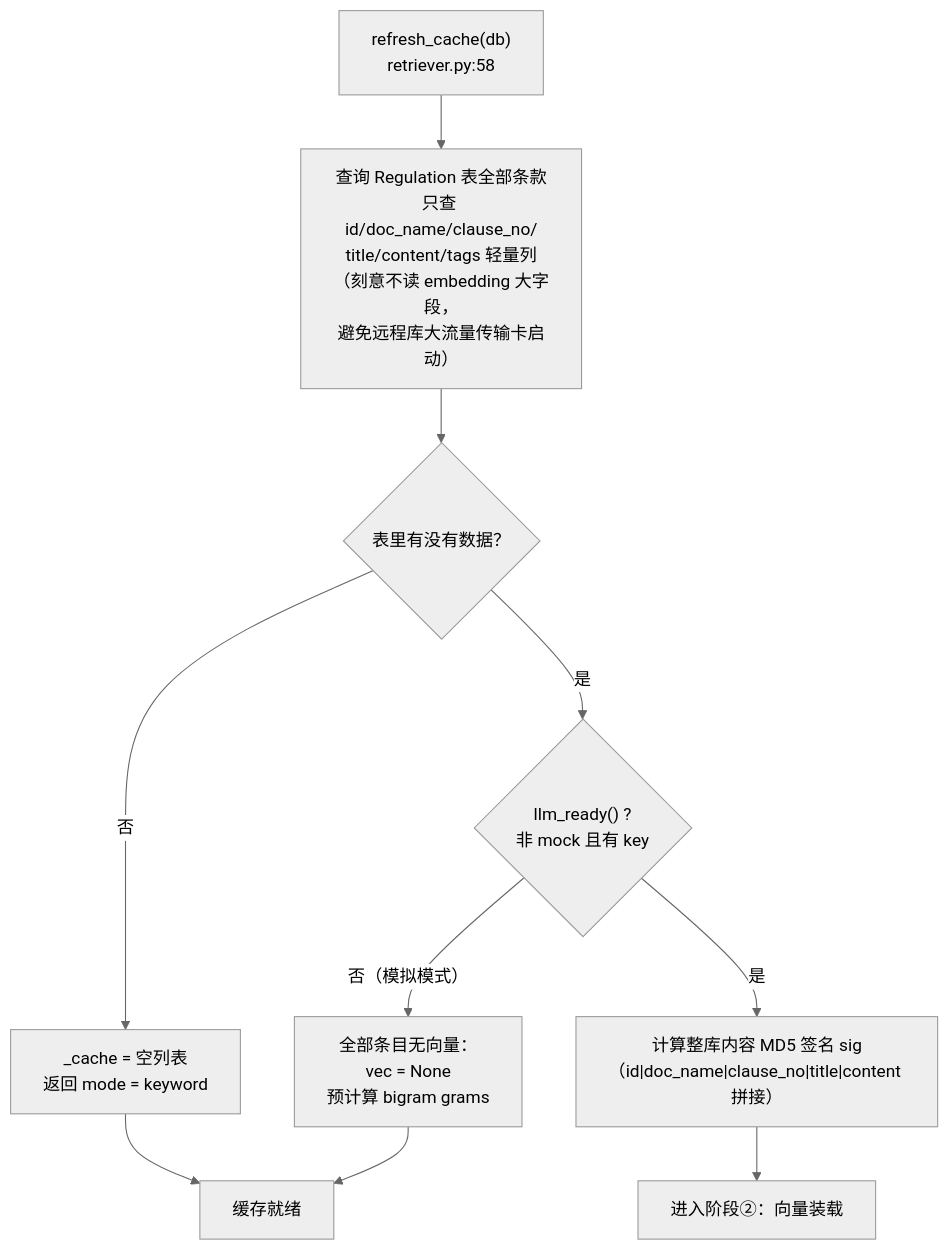
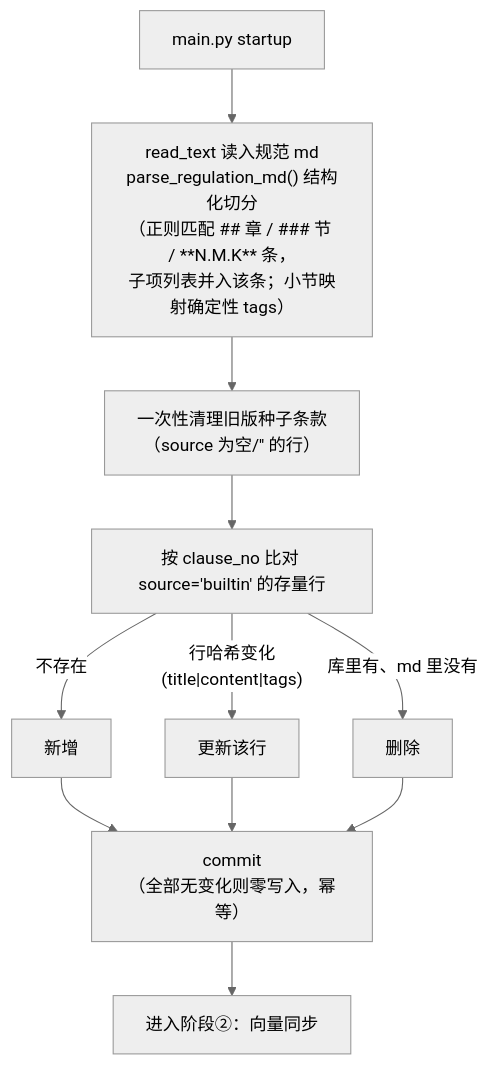
One commit to pandaadsas/zhuan-cloud changed the first of 4 diagrams in docs/RAG检索实现分析.md. Above: the diagram before and after it, drawn with Mermaid (neutral theme). The commit also changed other lines of this file, not shown here.

````diff
--- a/docs/RAG检索实现分析.md
+++ b/docs/RAG检索实现分析.md
@@ -41,12 +45,11 @@
 ```mermaid
 flowchart TD
-    A["refresh_cache(db)<br/>retriever.py:58"] --> B["查询 Regulation 表全部条款<br/>只查 id/doc_name/clause_no/<br/>title/content/tags 轻量列<br/>（刻意不读 embedding 大字段，<br/>避免远程库大流量传输卡启动）"]
-    B --> C{"表里有没有数据？"}
-    C -- "否" --> D["_cache = 空列表<br/>返回 mode = keyword"]
-    C -- "是" --> E{"llm_ready() ?<br/>非 mock 且有 key"}
-    E -- "否（模拟模式）" --> F["全部条目无向量：<br/>vec = None<br/>预计算 bigram grams"]
-    E -- "是" --> G["计算整库内容 MD5 签名 sig<br/>（id|doc_name|clause_no|title|content 拼接）"]
-    G --> H["进入阶段②：向量装载"]
-    D --> I["缓存就绪"]
-    F --> I
+    A["main.py startup"] --> B["read_text 读入规范 md<br/>parse_regulation_md() 结构化切分<br/>（正则匹配 ## 章 / ### 节 / **N.M.K** 条，<br/>子项列表并入该条；小节映射确定性 tags）"]
+    B --> C["一次性清理旧版种子条款<br/>（source 为空/'' 的行）"]
+    C --> D["按 clause_no 比对 source='builtin' 的存量行"]
+    D -- "不存在" --> E["新增"]
+    D -- "行哈希变化<br/>(title|content|tags)" --> F["更新该行"]
+    D -- "库里有、md 里没有" --> G["删除"]
+    E & F & G --> H["commit<br/>（全部无变化则零写入，幂等）"]
+    H --> I["进入阶段②：向量同步"]
 ```
````
